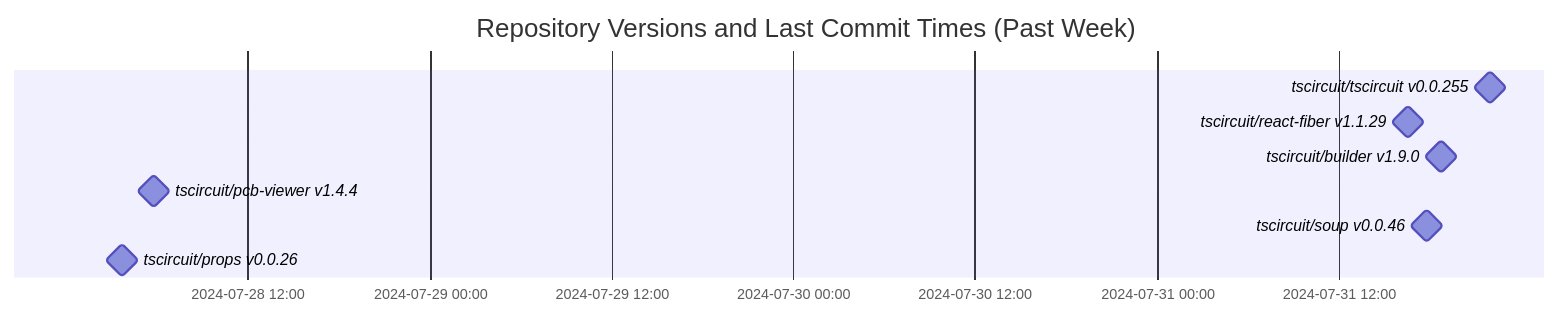
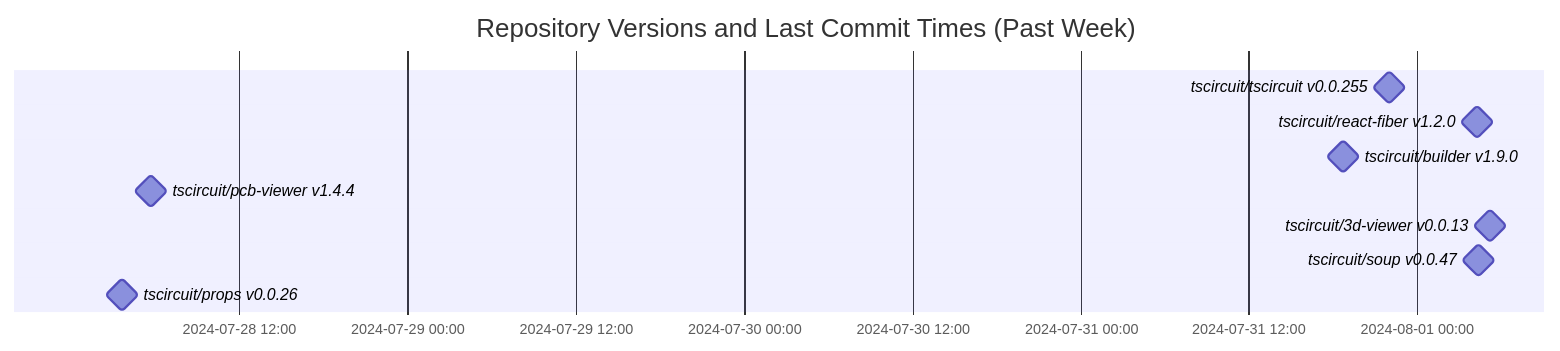
Before and after one commit to tscircuit/version-tracker: the diagram in README.md, drawn with Mermaid.

Commit message:
Update chart

````diff
--- a/README.md
+++ b/README.md
@@ -1,13 +1,14 @@
 ```mermaid
 gantt
   dateFormat  YYYY-MM-DD HH:mm:ss
   title Repository Versions and Last Commit Times (Past Week)
   axisFormat %Y-%m-%d %H:%M
 
   tscircuit/tscircuit v0.0.255 : milestone, 2024-07-31 21:58:48, 1s
-  tscircuit/react-fiber v1.1.29 : milestone, 2024-07-31 16:35:17, 1s
+  tscircuit/react-fiber v1.2.0 : milestone, 2024-08-01 04:16:00, 1s
   tscircuit/builder v1.9.0 : milestone, 2024-07-31 18:44:54, 1s
   tscircuit/pcb-viewer v1.4.4 : milestone, 2024-07-28 05:46:25, 1s
-  tscircuit/soup v0.0.46 : milestone, 2024-07-31 17:48:38, 1s
+  tscircuit/3d-viewer v0.0.13 : milestone, 2024-08-01 05:11:44, 1s
+  tscircuit/soup v0.0.47 : milestone, 2024-08-01 04:19:38, 1s
   tscircuit/props v0.0.26 : milestone, 2024-07-28 03:42:14, 1s
 ```
````
